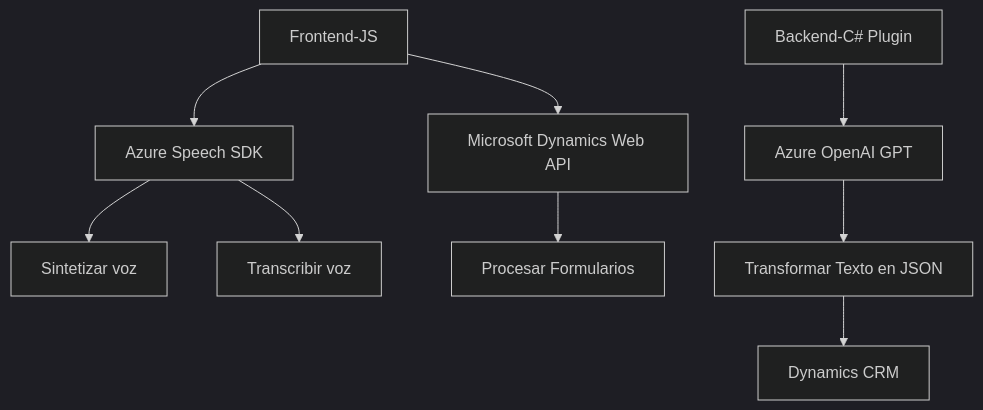
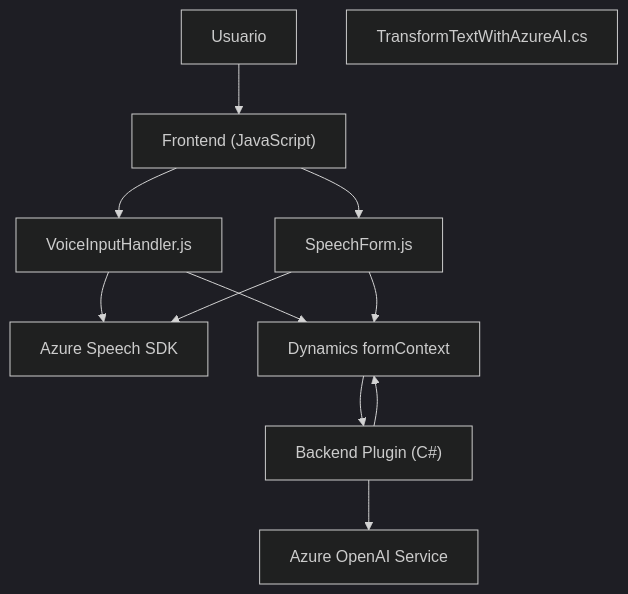
One commit to blopezdm/NETCORE_BILBAO2025 changed the diagram in README.md. Above: the diagram before and after it, drawn with Mermaid (dark theme). The commit also changed other lines of this file, not shown here.

````diff
--- a/README.md
+++ b/README.md
@@ -43,11 +68,24 @@
 ```mermaid
 graph TD
-    A["Frontend-JS"] --> B["Azure Speech SDK"]
-    B["Azure Speech SDK"] --> C["Sintetizar voz"]
-    B["Azure Speech SDK"] --> D["Transcribir voz"]
-    A["Frontend-JS"] --> E["Microsoft Dynamics Web API"]
-    E["Microsoft Dynamics Web API"] --> F["Procesar Formularios"]
-    G["Backend-C# Plugin"] --> H["Azure OpenAI GPT"]
-    H["Azure OpenAI GPT"] --> I["Transformar Texto en JSON"]
-    I["Transformar Texto en JSON"] --> J["Dynamics CRM"]
+    A["Usuario"]
+    B["Frontend (JavaScript)"]
+    C["VoiceInputHandler.js"]
+    D["SpeechForm.js"]
+    E["Azure Speech SDK"]
+    F["Backend Plugin (C#)"]
+    G["TransformTextWithAzureAI.cs"]
+    H["Dynamics CRM APIs"]
+    I["Azure OpenAI Service"]
+    
+    A --> B
+    B --> C
+    C --> E
+    B --> D
+    D --> E
+    C --> H["Dynamics formContext"]
+    D --> H
+    
+    H --> F
+    F --> I
+    F --> H
 ```
````
